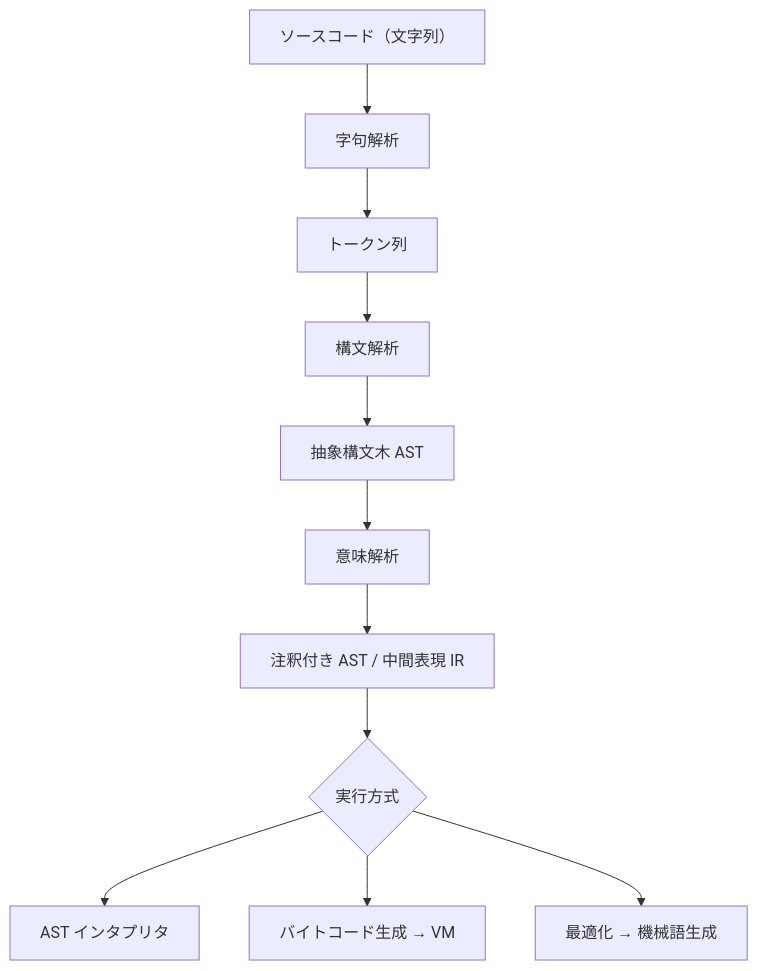
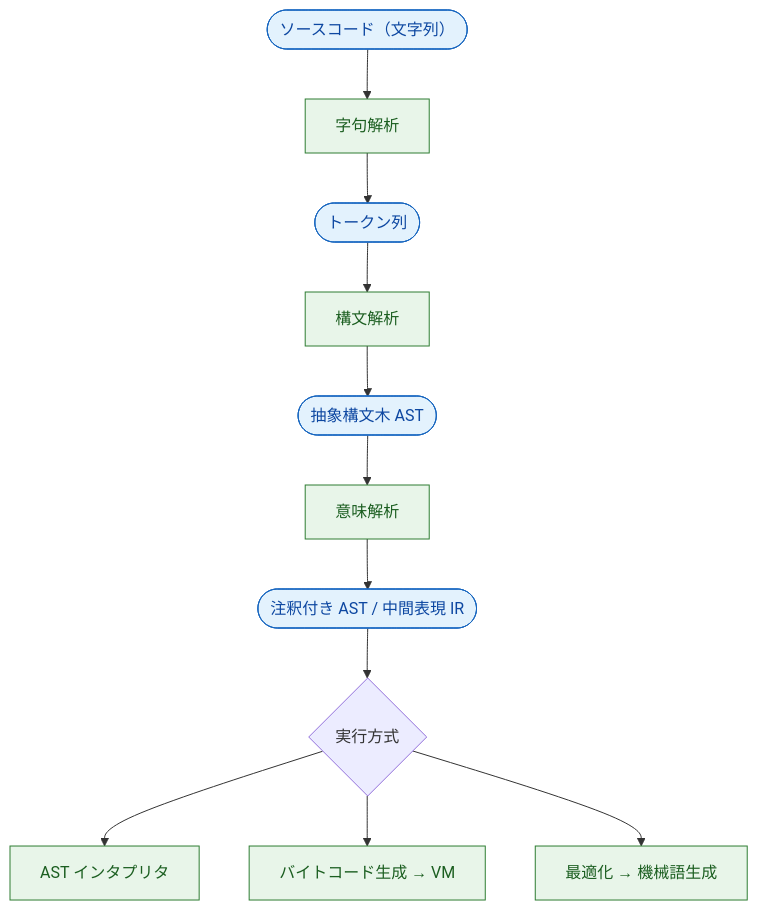
One commit to kolanglab/book_langimpl_intro changed the second of 2 diagrams in introduction.md. Above: the diagram before and after it, drawn with Mermaid.

Commit message:
[ligarb] Review: introduction.md
User: この図、生成物とプロセスが同じ形・色になってるんだけど、例えば形で区別できる？　色でもいいけど。
Claude: 図のとおり、いまは「生成物（データ）」も「処理（工程）」も同じ角丸なし長方形なので、ぱっと見で区別がつきませんね。ご提案どおり**形で区別**するのが一番効きます。Mermaid では生成物をスタジアム型 `([...])`、処理を長方形 `[...]`、分岐をひし形 `{...}` と使い分けられます。念のため**色も `classDef` で併用**して、形が読みにくい環境でも区別できるように...

Files: introduction.md

````diff
--- a/introduction.md
+++ b/introduction.md
@@ -72,13 +72,18 @@
 ```mermaid
 graph TD
-    A["ソースコード（文字列）"] --> B[字句解析]
-    B --> C["トークン列"]
+    A(["ソースコード（文字列）"]) --> B[字句解析]
+    B --> C(["トークン列"])
     C --> D[構文解析]
-    D --> E["抽象構文木 AST"]
+    D --> E(["抽象構文木 AST"])
     E --> F[意味解析]
-    F --> G["注釈付き AST / 中間表現 IR"]
+    F --> G(["注釈付き AST / 中間表現 IR"])
     G --> H{実行方式}
     H --> I[AST インタプリタ]
     H --> J[バイトコード生成 → VM]
     H --> K[最適化 → 機械語生成]
+
+    classDef data fill:#e3f2fd,stroke:#1565c0,color:#0d47a1;
+    classDef proc fill:#e8f5e9,stroke:#2e7d32,color:#1b5e20;
+    class A,C,E,G data;
+    class B,D,F,I,J,K proc;
 ```
````
